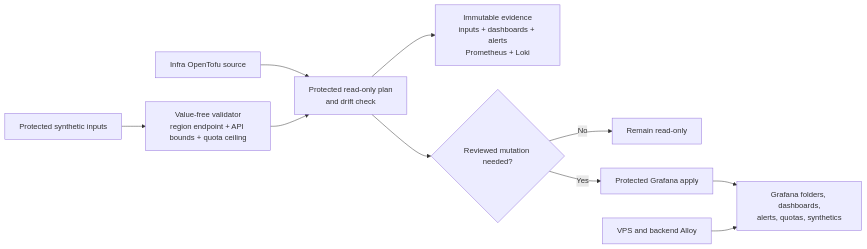
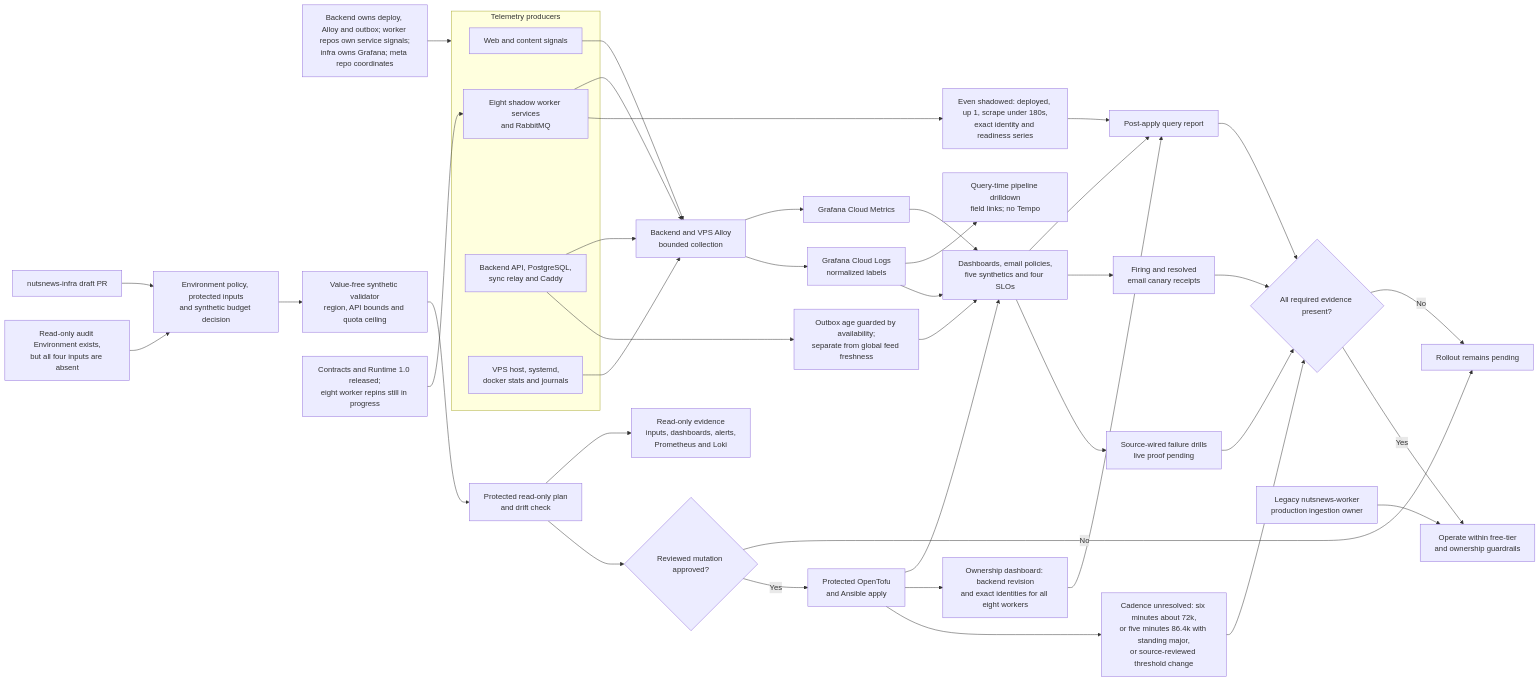
Before and after one commit to ramideltoro/nutsnews-docs: the diagram in diagrams/NUTSNEWS_GRAFANA_CLOUD_OBSERVABILITY.mmd, drawn with Mermaid. The commit also changed 36 other files, not shown here.

Commit message:
docs: reconcile Grafana rollout state

```diff
--- a/diagrams/NUTSNEWS_GRAFANA_CLOUD_OBSERVABILITY.mmd
+++ b/diagrams/NUTSNEWS_GRAFANA_CLOUD_OBSERVABILITY.mmd
@@ -1,12 +1,50 @@
 flowchart LR
-  accTitle: NutsNews Grafana Cloud observability controls
-  accDescr: Protected inputs pass through value-free validation and a read-only plan before reviewed Grafana changes can be applied.
-  inputs["Protected synthetic inputs"] --> validator["Value-free validator\nregion endpoint + API bounds + quota ceiling"]
-  source["Infra OpenTofu source"] --> plan["Protected read-only plan\nand drift check"]
-  validator --> plan
-  plan --> evidence["Immutable evidence\ninputs + dashboards + alerts\nPrometheus + Loki"]
-  plan --> review{"Reviewed mutation needed?"}
-  review -->|"No"| stop["Remain read-only"]
-  review -->|"Yes"| apply["Protected Grafana apply"]
-  apply --> grafana["Grafana folders, dashboards,\nalerts, quotas, synthetics"]
-  producers["VPS and backend Alloy"] --> grafana
+  accTitle: NutsNews Grafana Cloud observability hardening
+  accDescr {
+    Draft application, worker, backend, and VPS sources prepare bounded metrics and normalized
+    logs. Protected inputs, Environment policy, the synthetic cadence choice, GitOps apply, and
+    retained live evidence are all still required before the rollout is complete.
+  }
+  subgraph Producers["Telemetry producers"]
+    Web["Web and content signals"]
+    Workers["Eight shadow worker services\nand RabbitMQ"]
+    Backend["Backend API, PostgreSQL,\nsync relay and Caddy"]
+    VPS["VPS host, systemd,\ndocker stats and journals"]
+  end
+  Source["Backend owns deploy, Alloy and outbox; worker repos own service signals;\ninfra owns Grafana; meta repo coordinates"] --> Producers
+  Web --> Alloy["Backend and VPS Alloy\nbounded collection"]
+  Workers --> Alloy
+  Backend --> Alloy
+  VPS --> Alloy
+  Alloy --> Metrics["Grafana Cloud Metrics"]
+  Alloy --> Logs["Grafana Cloud Logs\nnormalized labels"]
+  Logs --> Drilldown["Query-time pipeline drilldown\nfield links; no Tempo"]
+  Infra["nutsnews-infra draft PR"] --> Prereq["Environment policy, protected inputs\nand synthetic budget decision"]
+  Prereq --> Validator["Value-free synthetic validator\nregion, API bounds and quota ceiling"]
+  Validator --> Plan["Protected read-only plan\nand drift check"]
+  Plan --> PlanEvidence["Read-only evidence\ninputs, dashboards, alerts,\nPrometheus and Loki"]
+  Plan --> Review{"Reviewed mutation approved?"}
+  Review -->|"No"| Pending
+  Review -->|"Yes"| Apply["Protected OpenTofu\nand Ansible apply"]
+  Apply --> Grafana["Dashboards, email policies,\nfive synthetics and four SLOs"]
+  Apply --> Ownership["Ownership dashboard: backend revision\nand exact identities for all eight workers"]
+  Apply --> Capacity["Cadence unresolved: six minutes about 72k,\nor five minutes 86.4k with standing major,\nor source-reviewed threshold change"]
+  Metrics --> Grafana
+  Logs --> Grafana
+  Grafana --> Evidence["Post-apply query report"]
+  Grafana --> Canary["Firing and resolved\nemail canary receipts"]
+  Grafana --> Drills["Source-wired failure drills\nlive proof pending"]
+  Workers --> Structural["Even shadowed: deployed, up 1, scrape under 180s,\nexact identity and readiness series"]
+  Structural --> Evidence
+  Backend --> Pressure["Outbox age guarded by availability;\nseparate from global feed freshness"]
+  Pressure --> Grafana
+  Ownership --> Evidence
+  Evidence --> Ready{"All required evidence present?"}
+  Canary --> Ready
+  Drills --> Ready
+  Capacity --> Ready
+  Ready -->|"No"| Pending["Rollout remains pending"]
+  Ready -->|"Yes"| Operate["Operate within free-tier\nand ownership guardrails"]
+  Legacy["Legacy nutsnews-worker\nproduction ingestion owner"] --> Operate
+  Packages["Contracts and Runtime 1.0 released;\neight worker repins still in progress"] --> Workers
+  Readonly["Read-only audit Environment exists,\nbut all four inputs are absent"] --> Prereq
```
